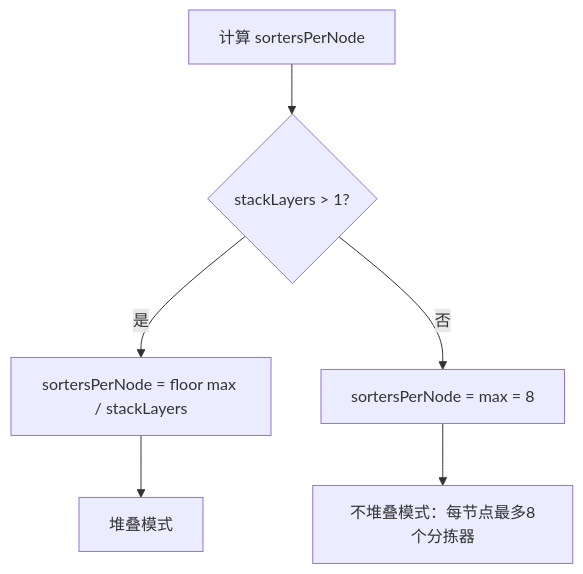
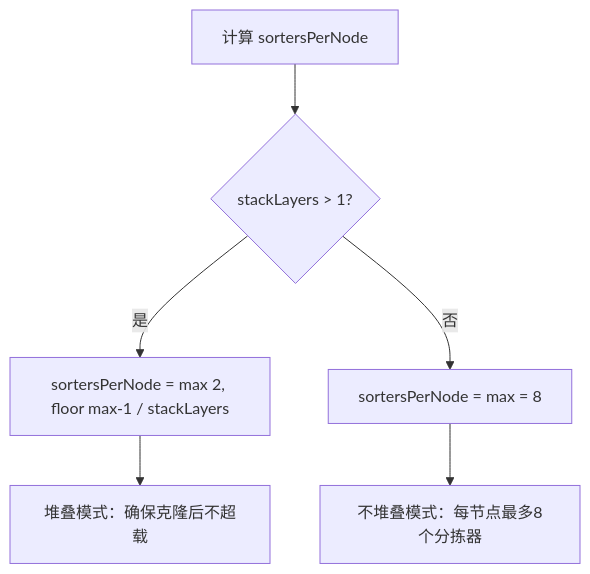
Before and after one commit to 793383996/DSQ: the eighth of 14 diagrams in localDocs/蓝图不堆叠模块详细说明.md, drawn with Mermaid. The commit also changed other lines of this file and 9 other files, not shown here.

First line of the commit message:
docs: 添加本地文档说明蓝图、data模块和整体架构

````diff
--- a/localDocs/蓝图不堆叠模块详细说明.md
+++ b/localDocs/蓝图不堆叠模块详细说明.md
@@ -1483,8 +1476,8 @@
 ```mermaid
 flowchart TD
     A["计算 sortersPerNode"] --> B{"stackLayers > 1?"}
-    B -->|是| C["sortersPerNode = floor max / stackLayers"]
+    B -->|是| C["sortersPerNode = max 2, floor max-1 / stackLayers"]
     B -->|否| D["sortersPerNode = max = 8"]
-    C --> E["堆叠模式"]
+    C --> E["堆叠模式：确保克隆后不超载"]
     D --> F["不堆叠模式：每节点最多8个分拣器"]
 ```
````
